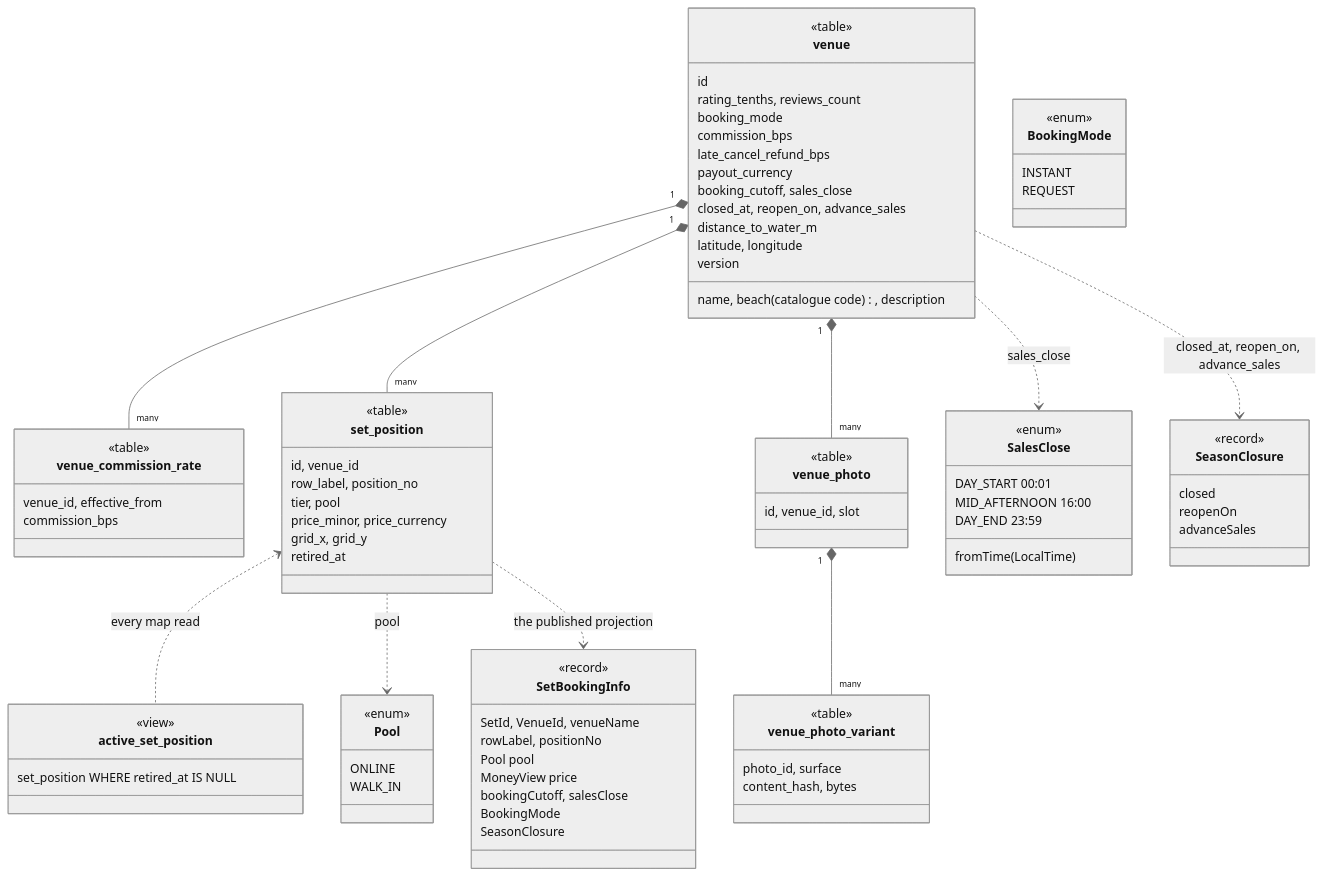
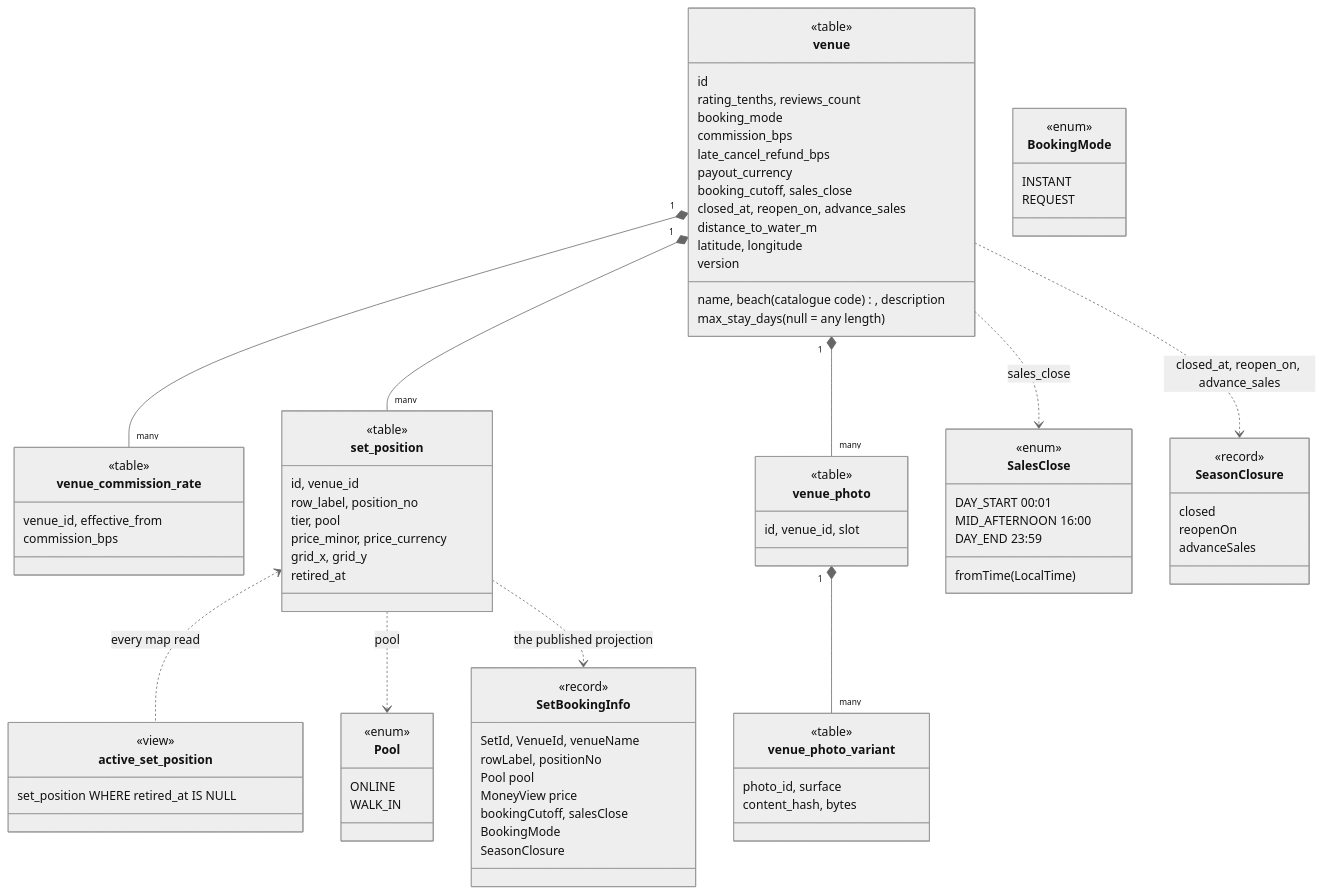
Before and after one commit to ivopogace/riviera-sunbed-booking: the third of 15 diagrams in docs/architecture/domain-model.md, drawn with Mermaid (neutral theme). The commit also changed other lines of this file and 25 other files, not shown here.

```diff
--- a/docs/architecture/domain-model.md
+++ b/docs/architecture/domain-model.md
@@ -190,6 +193,7 @@
         late_cancel_refund_bps
         payout_currency
         booking_cutoff, sales_close
+        max_stay_days (null = any length)
         closed_at, reopen_on, advance_sales
         distance_to_water_m
         latitude, longitude
```
